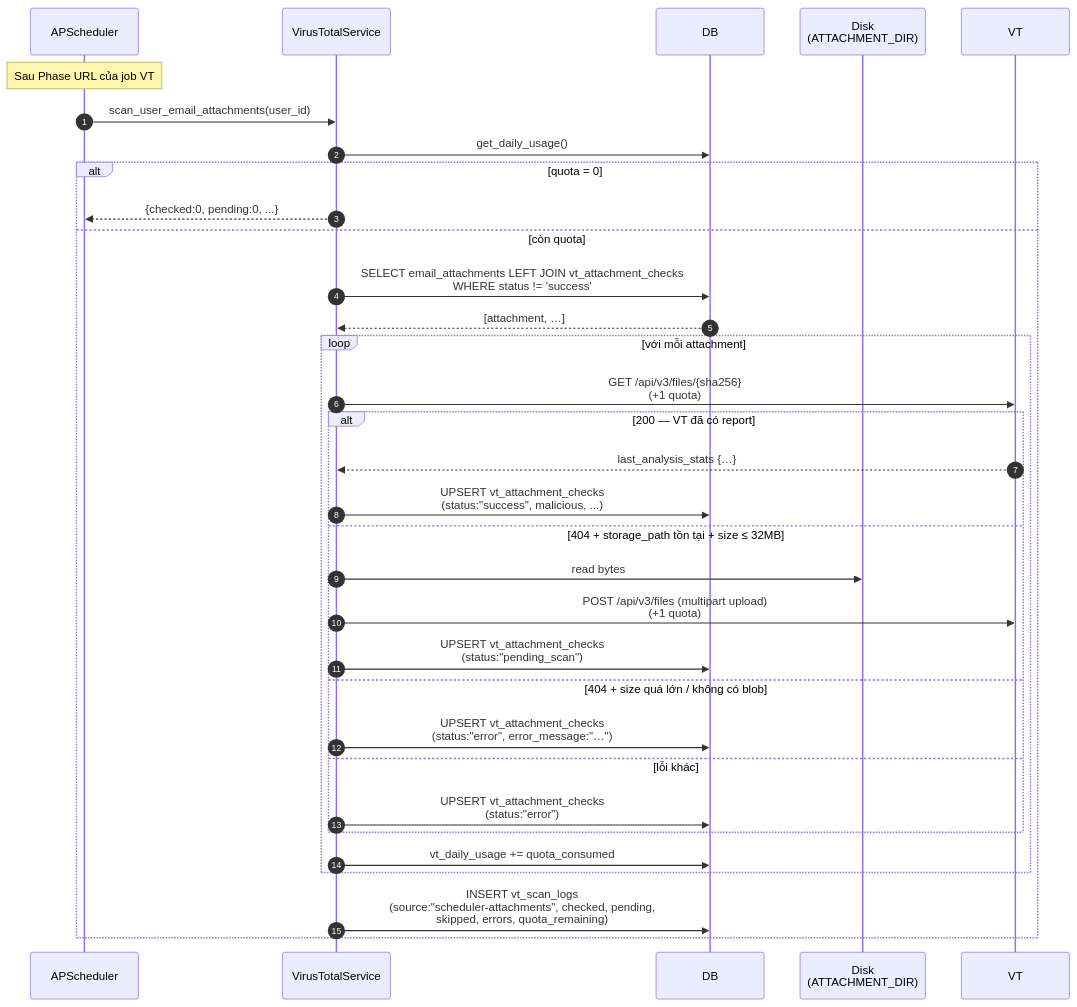
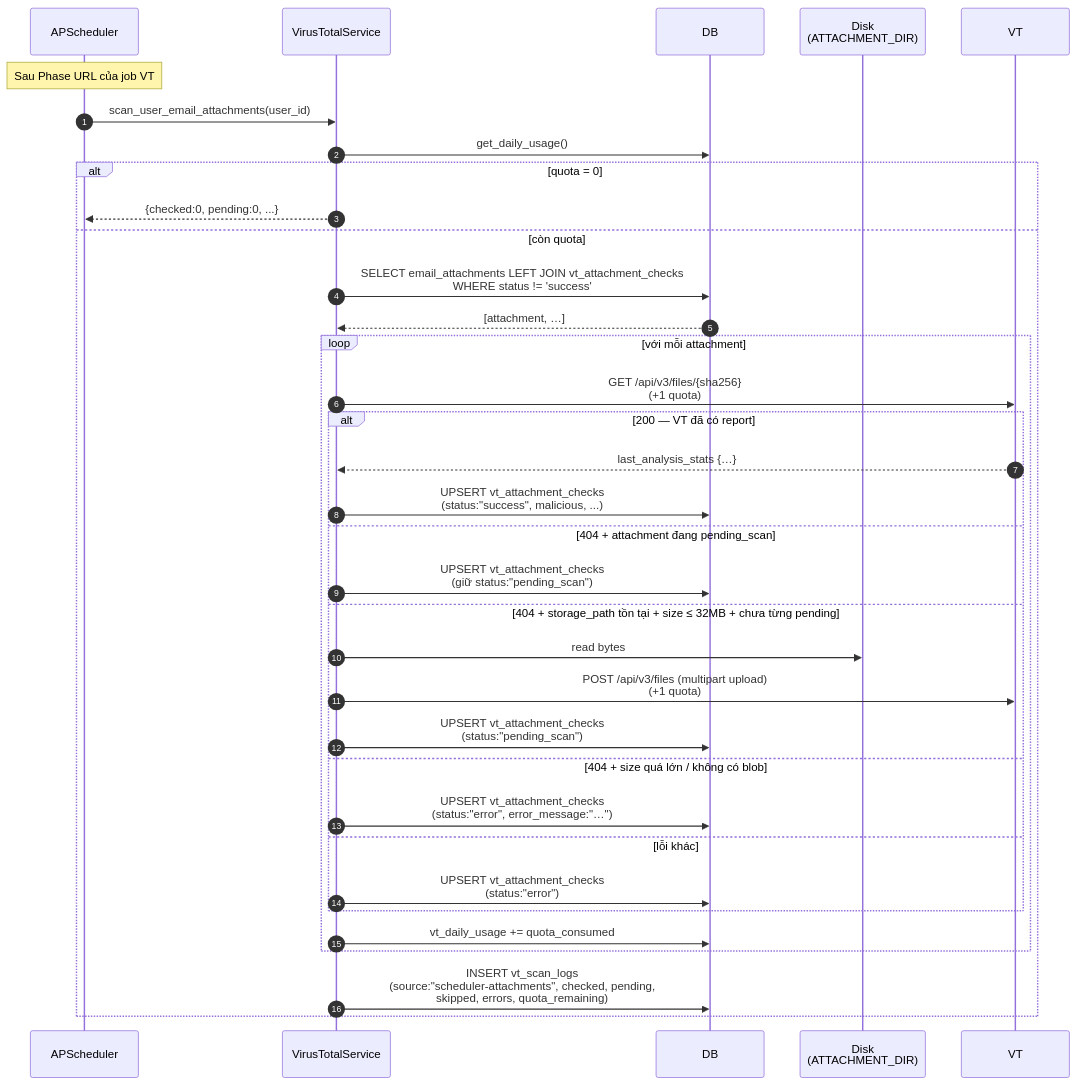
One commit to jackorofrobert/Final_Project_FPTU changed diagram 15 of 17 in docs/SEQUENCE_DIAGRAMS.md. Above: the diagram before and after it, drawn with Mermaid. The commit also changed other lines of this file and 2 other files, not shown here.

Commit message:
docs: add documentation for attachment reloading, status refreshing, and VT result integration

````diff
--- a/docs/SEQUENCE_DIAGRAMS.md
+++ b/docs/SEQUENCE_DIAGRAMS.md
@@ -591,36 +611,38 @@
 ```mermaid
 sequenceDiagram
     autonumber
     participant Scheduler as APScheduler
     participant Svc as VirusTotalService
     participant DB
     participant FS as Disk<br/>(ATTACHMENT_DIR)
     participant VT
 
     Note over Scheduler: Sau Phase URL của job VT
     Scheduler->>Svc: scan_user_email_attachments(user_id)
     Svc->>DB: get_daily_usage()
     alt quota = 0
         Svc-->>Scheduler: {checked:0, pending:0, ...}
     else còn quota
         Svc->>DB: SELECT email_attachments LEFT JOIN vt_attachment_checks<br/>WHERE status != 'success'
         DB-->>Svc: [attachment, …]
         loop với mỗi attachment
             Svc->>VT: GET /api/v3/files/{sha256}<br/>(+1 quota)
             alt 200 — VT đã có report
                 VT-->>Svc: last_analysis_stats {…}
                 Svc->>DB: UPSERT vt_attachment_checks<br/>(status:"success", malicious, ...)
-            else 404 + storage_path tồn tại + size ≤ 32MB
+            else 404 + attachment đang pending_scan
+                Svc->>DB: UPSERT vt_attachment_checks<br/>(giữ status:"pending_scan")
+            else 404 + storage_path tồn tại + size ≤ 32MB + chưa từng pending
                 Svc->>FS: read bytes
                 Svc->>VT: POST /api/v3/files (multipart upload)<br/>(+1 quota)
                 Svc->>DB: UPSERT vt_attachment_checks<br/>(status:"pending_scan")
             else 404 + size quá lớn / không có blob
                 Svc->>DB: UPSERT vt_attachment_checks<br/>(status:"error", error_message:"…")
             else lỗi khác
                 Svc->>DB: UPSERT vt_attachment_checks<br/>(status:"error")
             end
             Svc->>DB: vt_daily_usage += quota_consumed
         end
         Svc->>DB: INSERT vt_scan_logs<br/>(source:"scheduler-attachments", checked, pending,<br/>skipped, errors, quota_remaining)
     end
 ```
````
